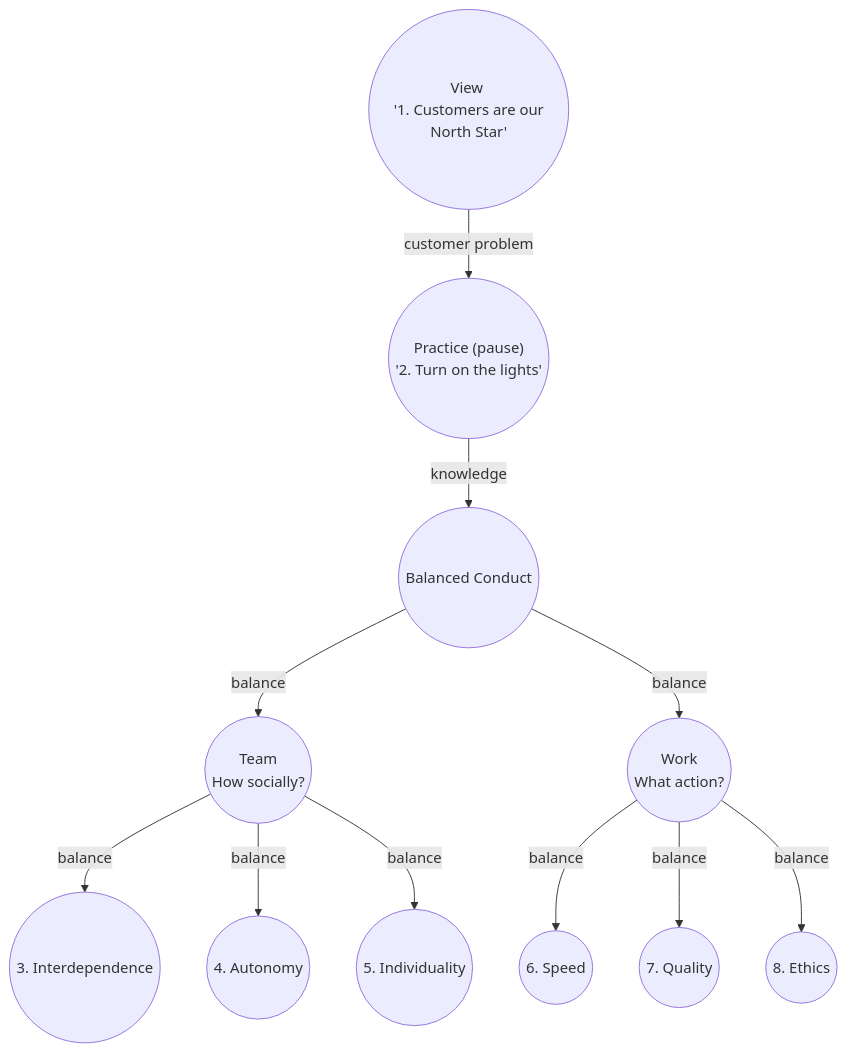
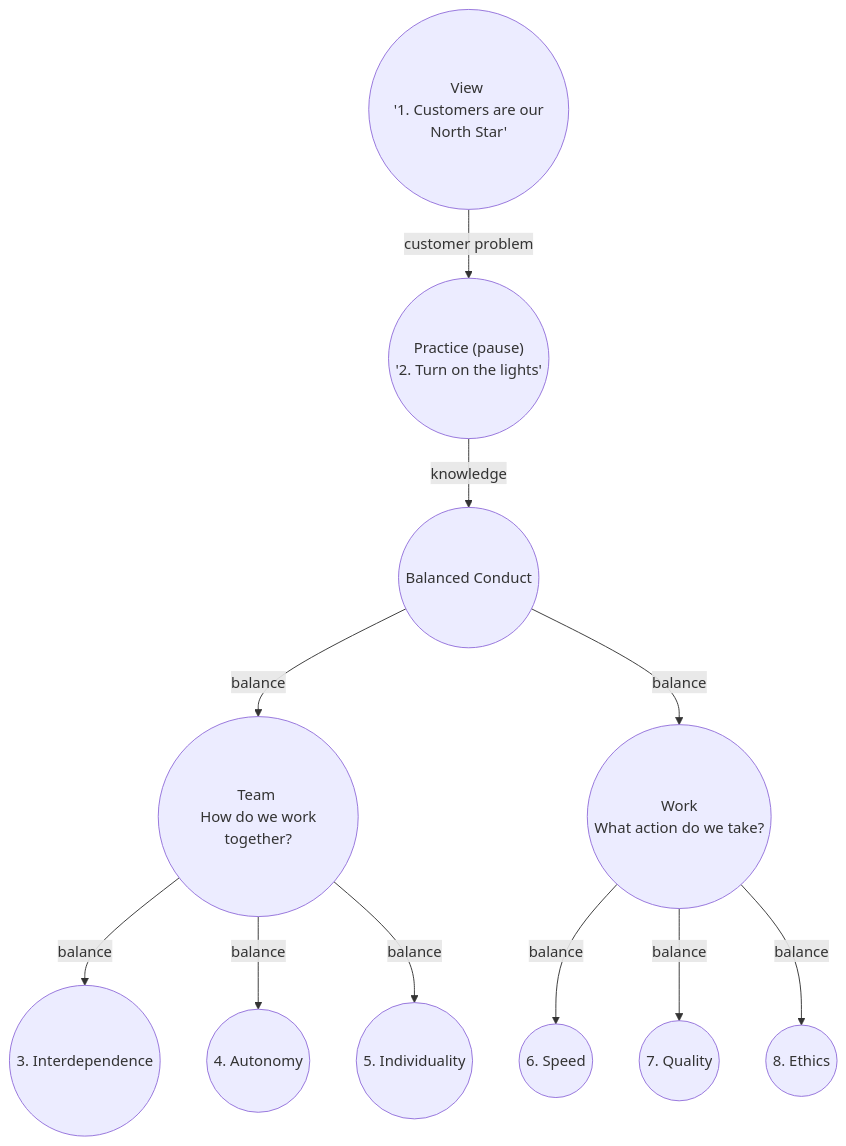
Before and after one commit to borisdev/research: the diagram in zillow.md, drawn with Mermaid.

Commit message:
zillow core values interpretation

````diff
--- a/zillow.md
+++ b/zillow.md
@@ -28,13 +28,13 @@
 ```mermaid
 flowchart TB
     V(("View <br> '1. Customers are our North Star'"))-- customer problem -->P(("Practice (pause) <br> '2. Turn on the lights'"))
     P-- knowledge -->C(("Balanced Conduct"))
-    C-- balance -->T(("Team <br> How socially?"))
-    C-- balance -->W(("Work <br> What action?"))
+    C-- balance -->T(("Team <br> How do we work together?"))
+    C-- balance -->W(("Work <br> What action do we take?"))
     T-- balance -->ID(("3. Interdependence"))
     T-- balance -->A(("4. Autonomy"))
     T-- balance -->I(("5. Individuality"))
     W-- balance -->S(("6. Speed"))
     W-- balance -->Q(("7. Quality"))
     W-- balance -->E(("8. Ethics"))
 ```
````
